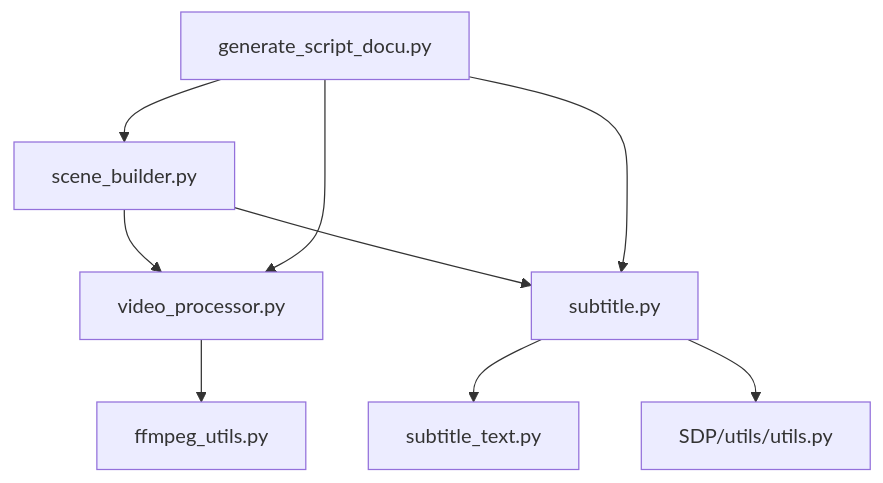
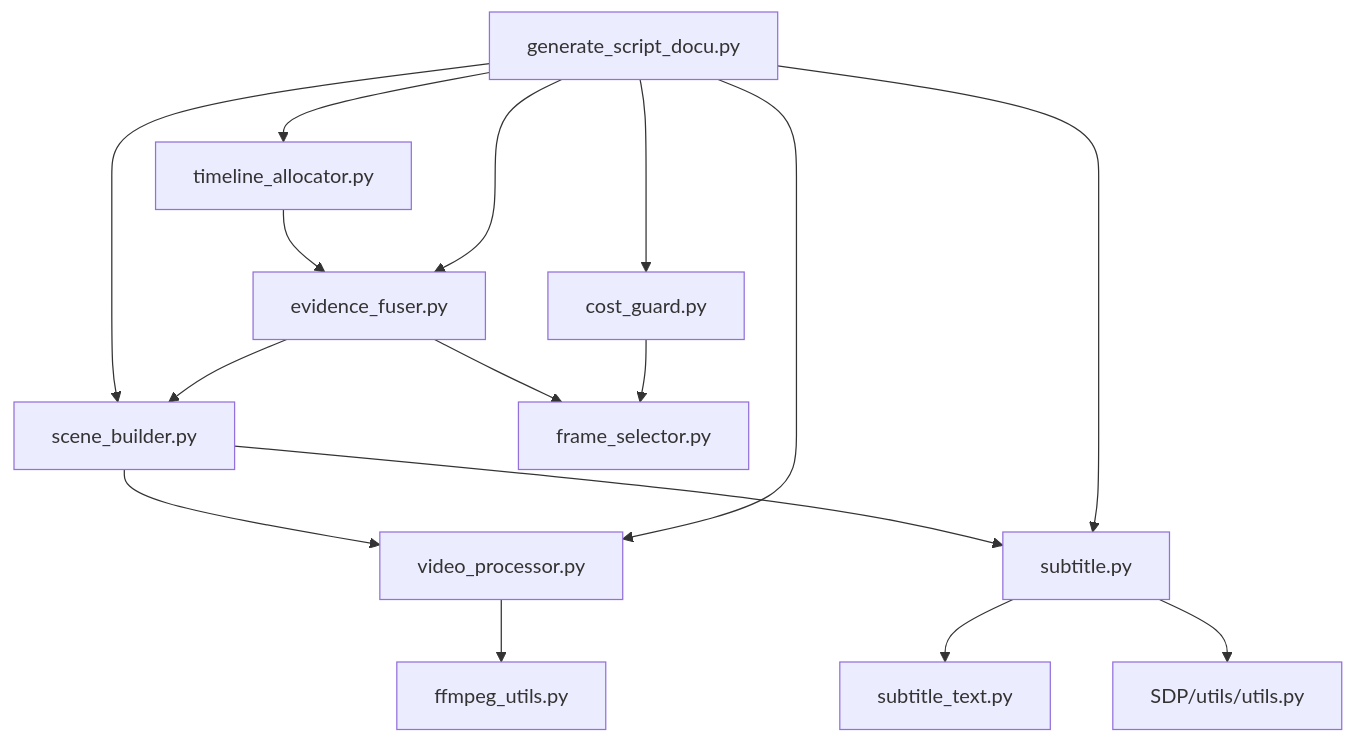
One commit to wowoduang/AIVideoClaude changed the tenth of 10 diagrams in .qoder/repowiki/zh/content/核心功能/视频处理服务/场景构建器.md. Above: the diagram before and after it, drawn with Mermaid. The commit also changed other lines of this file and 26 other files, not shown here.

````diff
--- a/.qoder/repowiki/zh/content/核心功能/视频处理服务/场景构建器.md
+++ b/.qoder/repowiki/zh/content/核心功能/视频处理服务/场景构建器.md
@@ -298,11 +444,18 @@
 ```mermaid
 graph TB
 SB["scene_builder.py"] --> VP["video_processor.py"]
 SB --> ST["subtitle.py"]
 VP --> FU["ffmpeg_utils.py"]
-ST --> STT["subtitle_text.py"]
+ST --> STN["subtitle_text.py"]
 ST --> SDPUTIL["SDP/utils/utils.py"]
 WTOOL["generate_script_docu.py"] --> SB
 WTOOL --> VP
 WTOOL --> ST
+EF["evidence_fuser.py"] --> SB
+EF --> FS["frame_selector.py"]
+CG["cost_guard.py"] --> FS
+TA["timeline_allocator.py"] --> EF
+WTOOL --> EF
+WTOOL --> CG
+WTOOL --> TA
 ```
````
